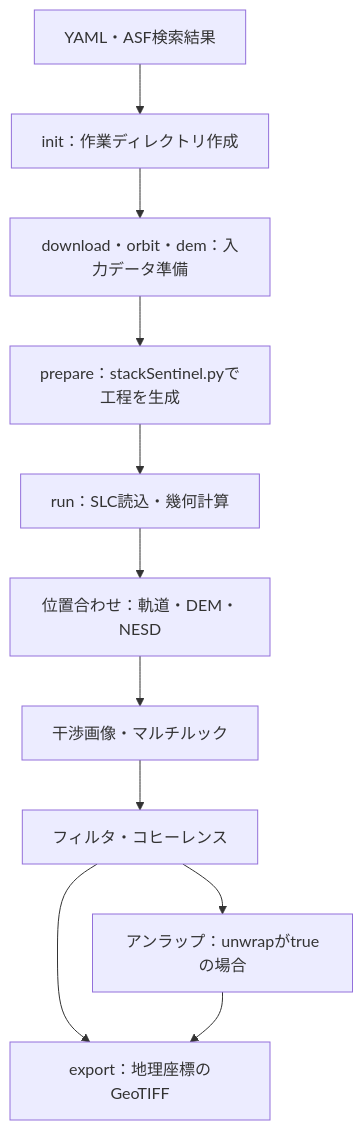
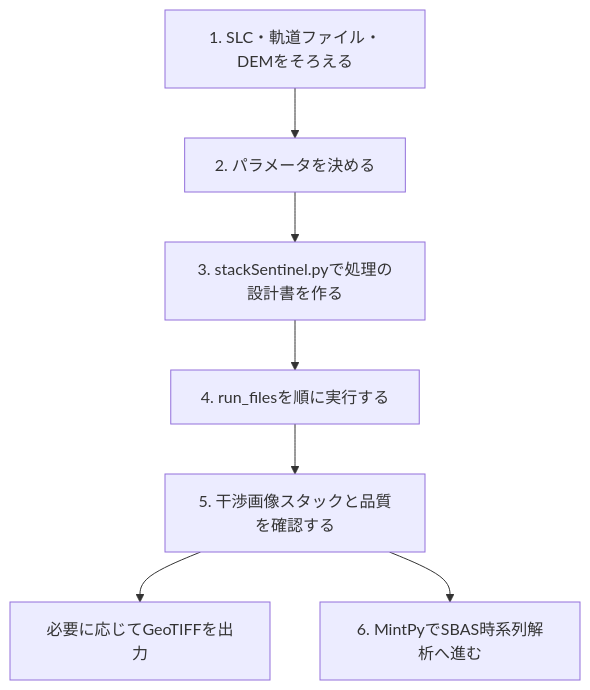
Before and after one commit to geranium-0019/sentinel-1-stack: the diagram in docs/ISCE2処理の流れ.md, drawn with Mermaid. The commit also changed other lines of this file and 3 other files, not shown here.

````diff
--- a/docs/ISCE2処理の流れ.md
+++ b/docs/ISCE2処理の流れ.md
@@ -49,13 +7,9 @@
 ```mermaid
 flowchart TD
-    A["YAML・ASF検索結果"] --> B["init：作業ディレクトリ作成"]
-    B --> C["download・orbit・dem：入力データ準備"]
-    C --> D["prepare：stackSentinel.pyで工程を生成"]
-    D --> E["run：SLC読込・幾何計算"]
-    E --> F["位置合わせ：軌道・DEM・NESD"]
-    F --> G["干渉画像・マルチルック"]
-    G --> H["フィルタ・コヒーレンス"]
-    H --> I["アンラップ：unwrapがtrueの場合"]
-    H --> J["export：地理座標のGeoTIFF"]
-    I --> J
+    A["1. SLC・軌道ファイル・DEMをそろえる"] --> B["2. パラメータを決める"]
+    B --> C["3. stackSentinel.pyで処理の設計書を作る"]
+    C --> D["4. run_filesを順に実行する"]
+    D --> E["5. 干渉画像スタックと品質を確認する"]
+    E --> F["必要に応じてGeoTIFFを出力"]
+    E --> G["6. MintPyでSBAS時系列解析へ進む"]
 ```
````
